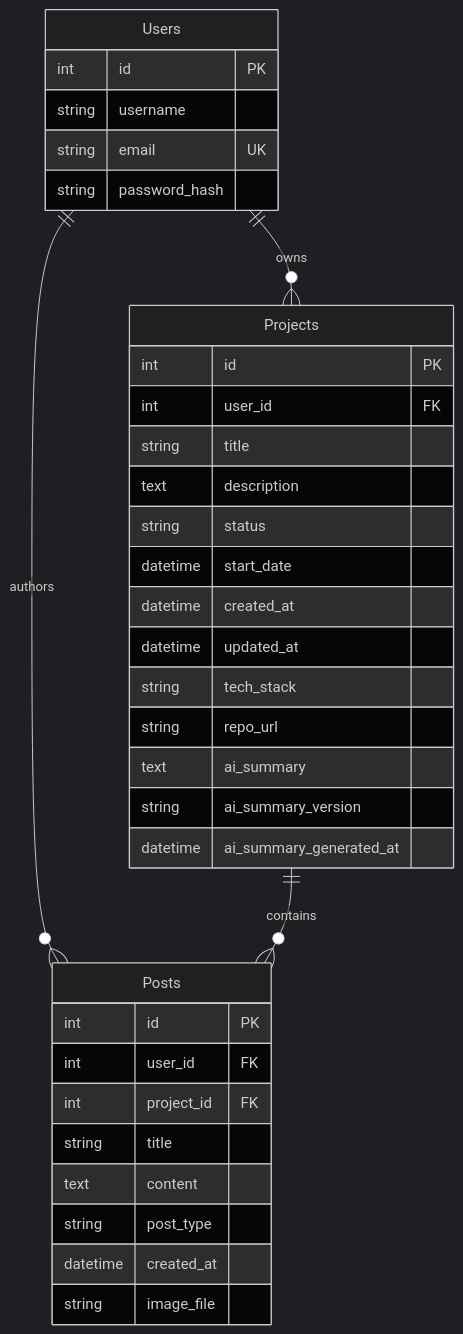
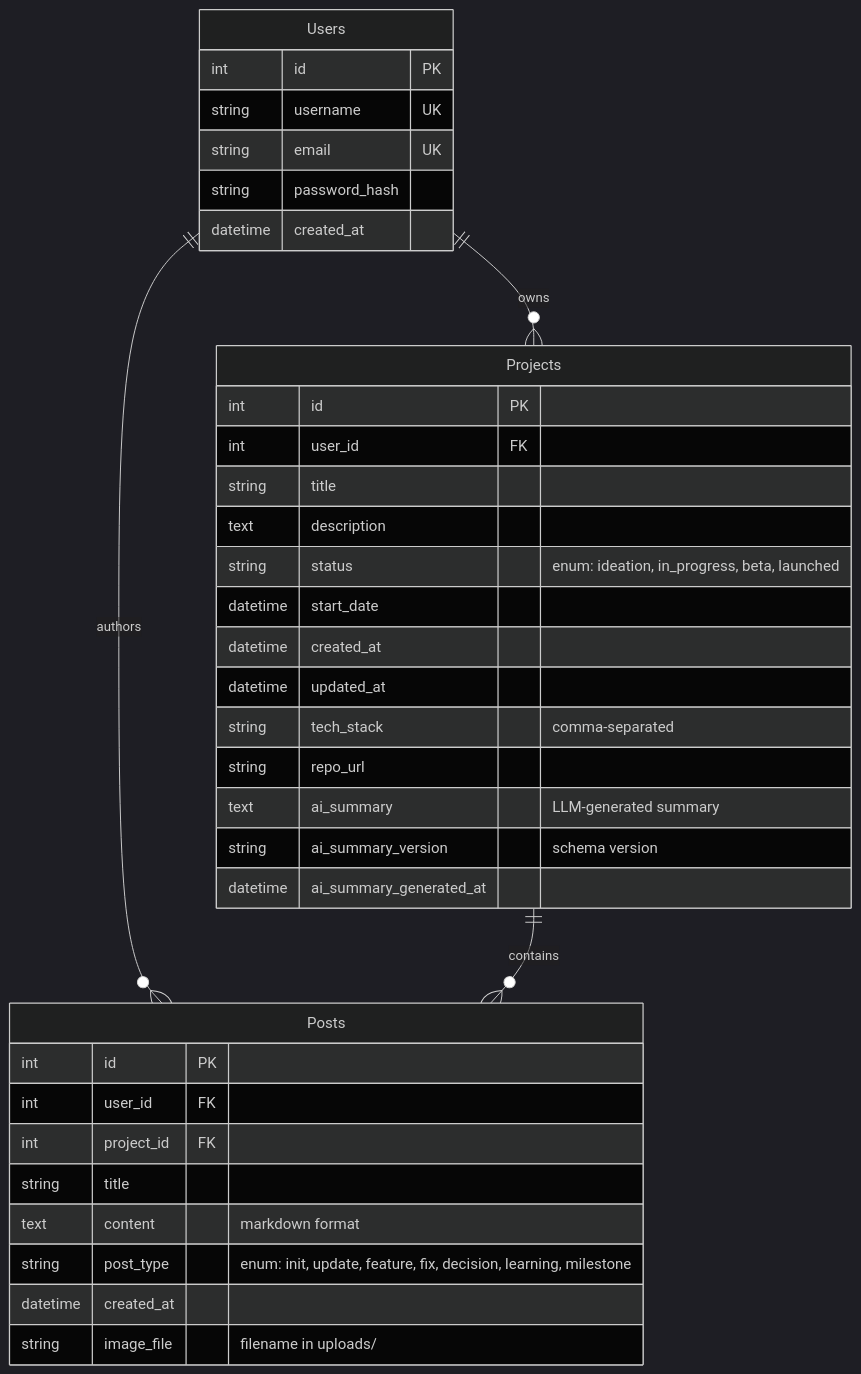
Before and after one commit to nimish-23/openbuild: the diagram in README.md, drawn with Mermaid (dark theme). The commit also changed other lines of this file and 3 other files, not shown here.

````diff
--- a/README.md
+++ b/README.md
@@ -179,40 +223,41 @@
 ```mermaid
 erDiagram
     Users ||--o{ Projects : owns
     Users ||--o{ Posts : authors
     Projects ||--o{ Posts : contains
 
     Users {
         int id PK
-        string username
+        string username UK
         string email UK
         string password_hash
+        datetime created_at
     }
 
     Projects {
         int id PK
         int user_id FK
         string title
         text description
-        string status
+        string status "enum: ideation, in_progress, beta, launched"
         datetime start_date
         datetime created_at
         datetime updated_at
-        string tech_stack
+        string tech_stack "comma-separated"
         string repo_url
-        text ai_summary
-        string ai_summary_version
+        text ai_summary "LLM-generated summary"
+        string ai_summary_version "schema version"
         datetime ai_summary_generated_at
     }
 
     Posts {
         int id PK
         int user_id FK
         int project_id FK
         string title
-        text content
-        string post_type
+        text content "markdown format"
+        string post_type "enum: init, update, feature, fix, decision, learning, milestone"
         datetime created_at
-        string image_file
+        string image_file "filename in uploads/"
     }
 ```
````
